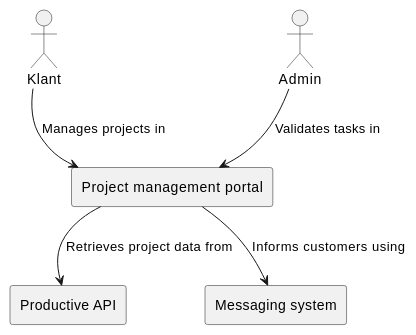
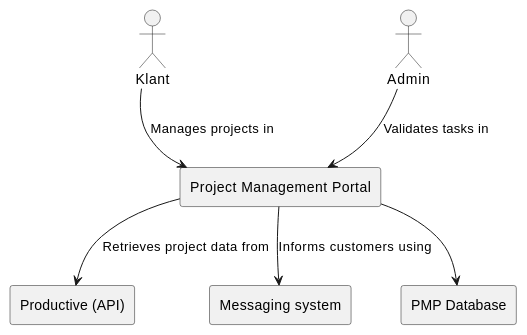
The first of 11 diagrams in Documentatie/SoftwareArchitectureDocument.md (DCReceveur/pre-afstudeer-docs), drawn with PlantUML before and after one commit. The commit also changed other lines of this file and 3 other files, not shown here.

````diff
--- a/Documentatie/SoftwareArchitectureDocument.md
+++ b/Documentatie/SoftwareArchitectureDocument.md
@@ -7,17 +12,19 @@
 ```plantuml
 
 actor Klant
 actor Admin
 
-rectangle "Productive API" as productive
+rectangle "Productive (API)" as productive
 rectangle "Messaging system" as message
-rectangle "Project management portal" as PMP
+rectangle "Project Management Portal" as PMP
+rectangle "PMP Database" as DB
 ' rectangle "PMP database" as BE_DB
 Klant --> PMP : "Manages projects in                           "
 Admin --> PMP : "Validates tasks in           "
 
 PMP --> productive : "Retrieves project data from"
 ' PMP --> BE_DB : "Caches project data in"
 PMP --> message : "Informs customers using"
+PMP--> DB
 
 ```
````
